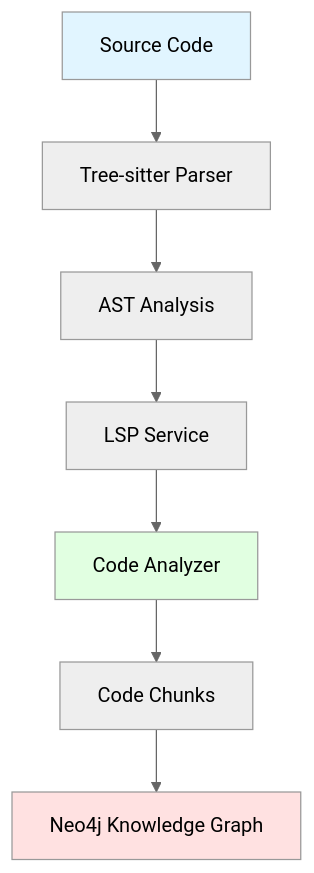
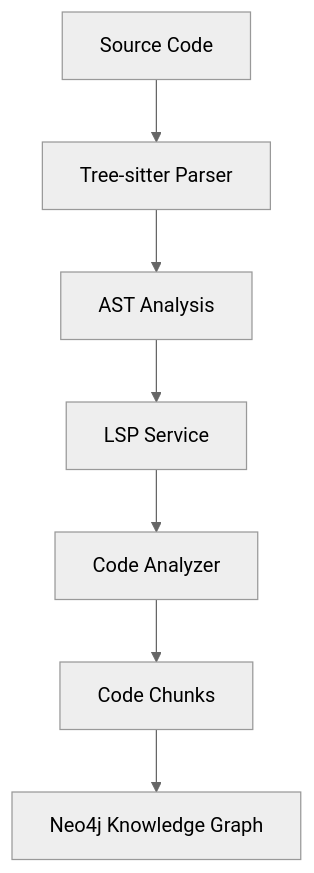
The diagram in README.md (quyen-ngv/source-atlas), drawn with Mermaid (neutral theme) before and after one commit. The commit also changed other lines of this file and 14 other files, not shown here.

````diff
--- a/README.md
+++ b/README.md
@@ -20,13 +21,9 @@
 ```mermaid
 graph TB
     A[Source Code] --> B[Tree-sitter Parser]
     B --> C[AST Analysis]
     C --> D[LSP Service]
     D --> E[Code Analyzer]
     E --> F[Code Chunks]
     F --> G[Neo4j Knowledge Graph]
-    
-    style A fill:#e1f5ff
-    style G fill:#ffe1e1
-    style E fill:#e1ffe1
 ```
````
